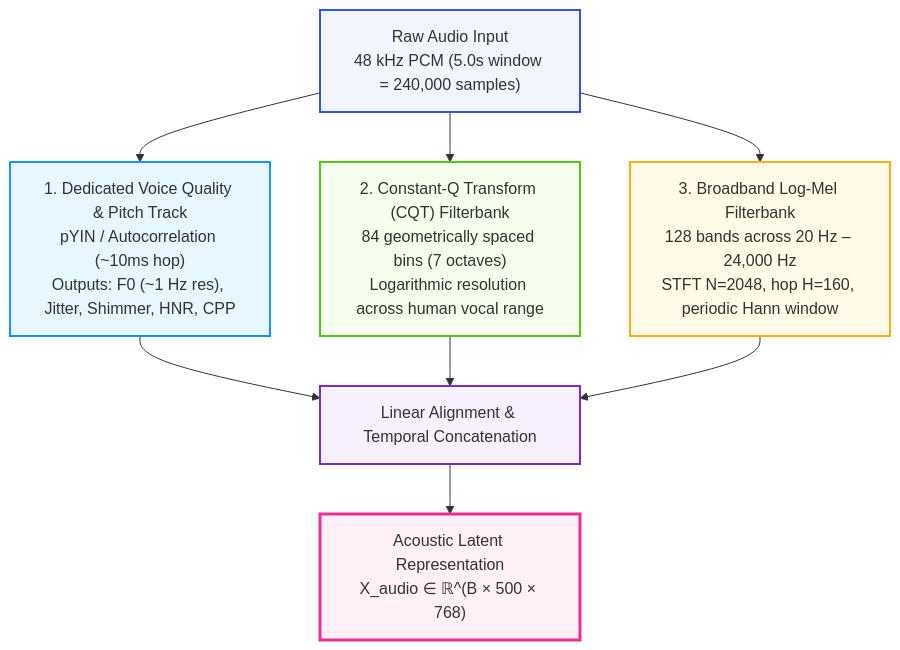
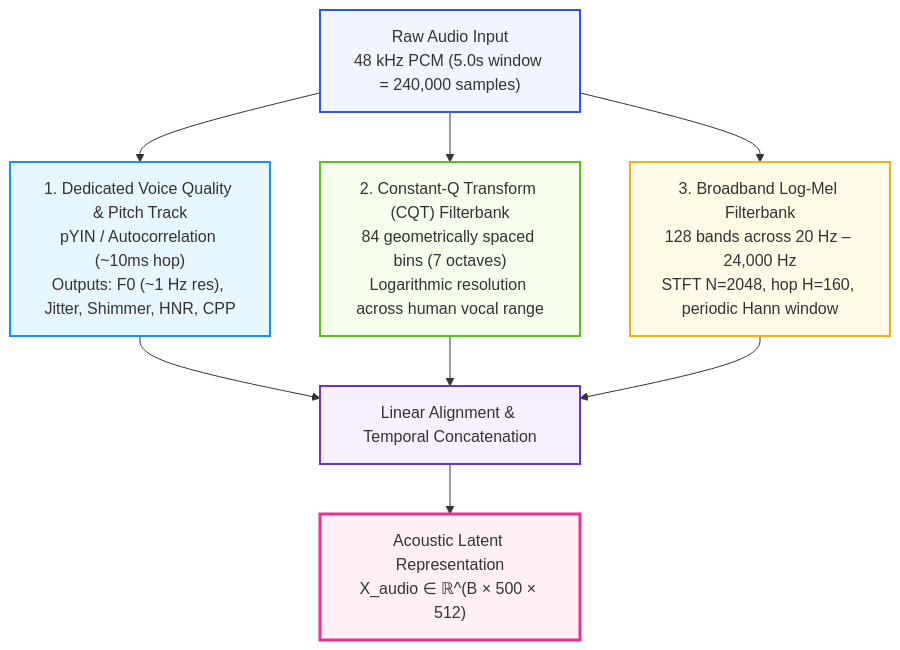
One commit to olostan/project_n changed the second of 8 diagrams in DESIGN.md. Above: the diagram before and after it, drawn with Mermaid. The commit also changed other lines of this file and 6 other files, not shown here.

````diff
--- a/DESIGN.md
+++ b/DESIGN.md
@@ -101,16 +101,16 @@
 ```mermaid
 graph TD
     RawAudio["Raw Audio Input<br/>48 kHz PCM (5.0s window = 240,000 samples)"] --> Branch1["1. Dedicated Voice Quality & Pitch Track<br/>pYIN / Autocorrelation (~10ms hop)<br/>Outputs: F0 (~1 Hz res), Jitter, Shimmer, HNR, CPP"]
     RawAudio --> Branch2["2. Constant-Q Transform (CQT) Filterbank<br/>84 geometrically spaced bins (7 octaves)<br/>Logarithmic resolution across human vocal range"]
     RawAudio --> Branch3["3. Broadband Log-Mel Filterbank<br/>128 bands across 20 Hz – 24,000 Hz<br/>STFT N=2048, hop H=160, periodic Hann window"]
 
     Branch1 & Branch2 & Branch3 --> Align["Linear Alignment & Temporal Concatenation"]
-    Align --> LatentAudio["Acoustic Latent Representation<br/>X_audio ∈ ℝ^(B × 500 × 768)"]
+    Align --> LatentAudio["Acoustic Latent Representation<br/>X_audio ∈ ℝ^(B × 500 × 512)"]
 
     style RawAudio fill:#f0f5ff,stroke:#2f54eb,stroke-width:2px
     style Branch1 fill:#e6f7ff,stroke:#1890ff,stroke-width:2px
     style Branch2 fill:#f6ffed,stroke:#52c41a,stroke-width:2px
     style Branch3 fill:#fffbe6,stroke:#faad14,stroke-width:2px
     style Align fill:#f9f0ff,stroke:#722ed1,stroke-width:2px
     style LatentAudio fill:#fff0f6,stroke:#eb2f96,stroke-width:3px
 ```
````
